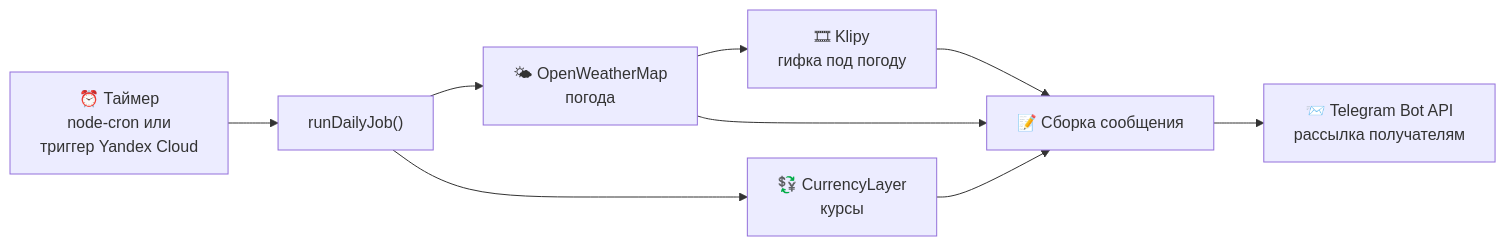
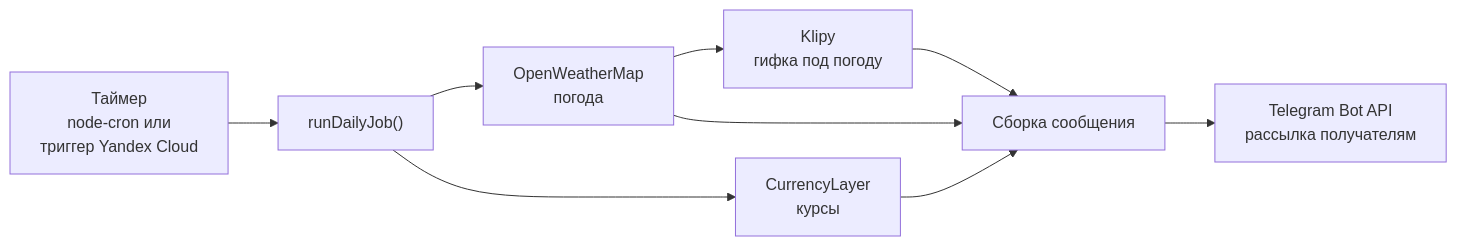
One commit to dekciw/KabanesBot changed the diagram in README.md. Above: the diagram before and after it, drawn with Mermaid. The commit also changed other lines of this file and 1 other file, not shown here.

````diff
--- a/README.md
+++ b/README.md
@@ -81,11 +81,11 @@
 ```mermaid
 flowchart LR
-    T["⏰ Таймер<br/>node-cron или<br/>триггер Yandex Cloud"] --> J["runDailyJob()"]
-    J --> W["🌤 OpenWeatherMap<br/>погода"]
-    J --> C["💱 CurrencyLayer<br/>курсы"]
-    W --> G["🎞 Klipy<br/>гифка под погоду"]
-    W --> M["📝 Сборка сообщения"]
+    T["Таймер<br/>node-cron или<br/>триггер Yandex Cloud"] --> J["runDailyJob()"]
+    J --> W["OpenWeatherMap<br/>погода"]
+    J --> C["CurrencyLayer<br/>курсы"]
+    W --> G["Klipy<br/>гифка под погоду"]
+    W --> M["Сборка сообщения"]
     C --> M
     G --> M
-    M --> TG["📨 Telegram Bot API<br/>рассылка получателям"]
+    M --> TG["Telegram Bot API<br/>рассылка получателям"]
 ```
````
